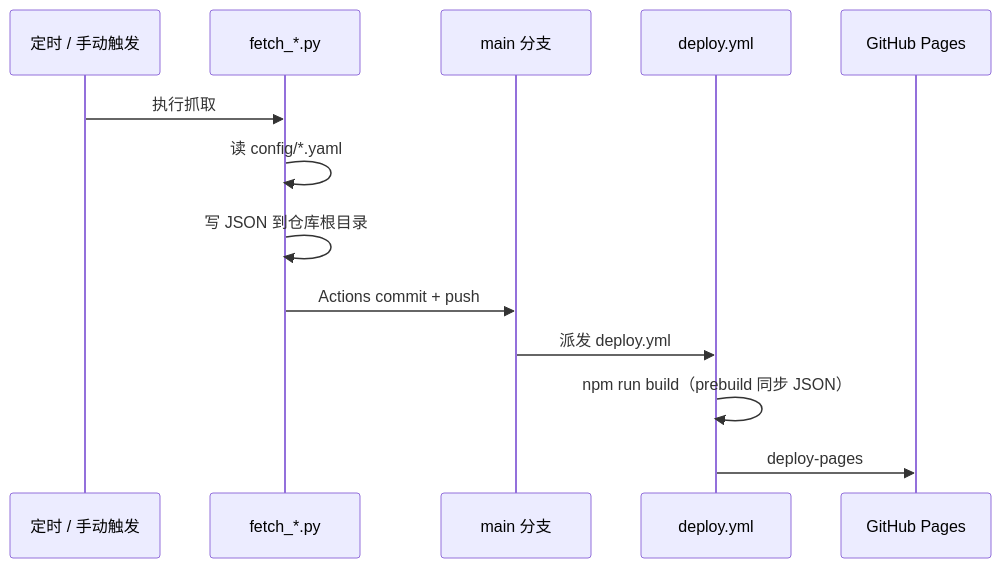
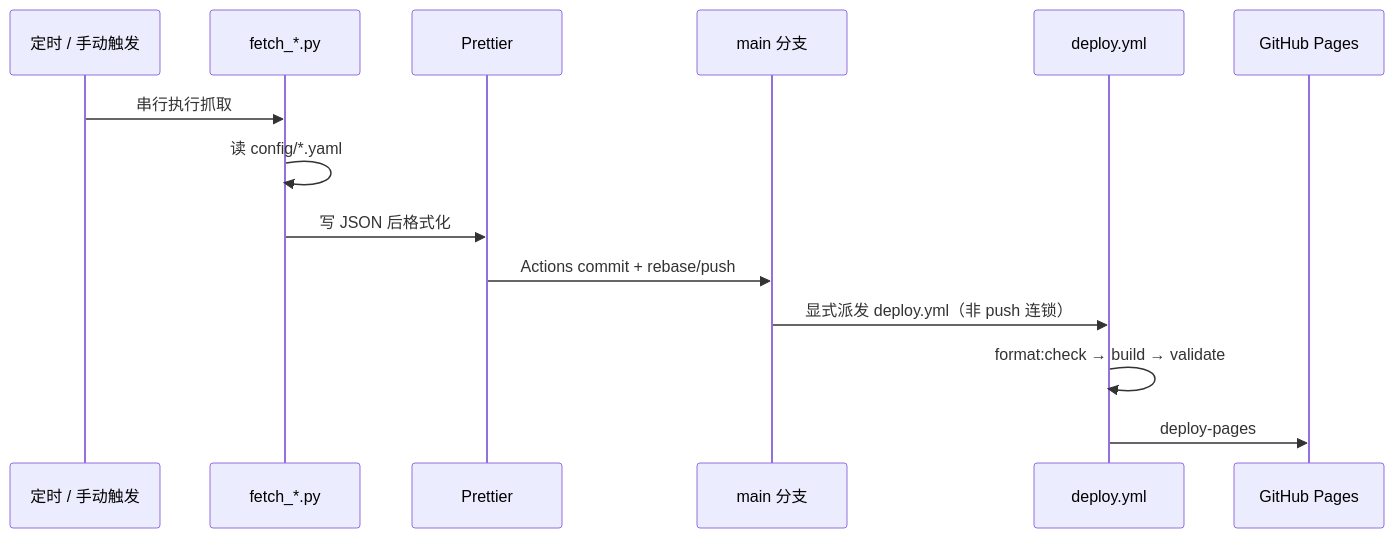
The second of 2 diagrams in docs/CONTENT-OPS.md (bio-apple/ai), drawn with Mermaid before and after one commit. The commit also changed other lines of this file and 10 other files, not shown here.

````diff
--- a/docs/CONTENT-OPS.md
+++ b/docs/CONTENT-OPS.md
@@ -66,16 +84,17 @@
 ```mermaid
 sequenceDiagram
   participant Cron as 定时 / 手动触发
   participant Script as fetch_*.py
+  participant Fmt as Prettier
   participant Git as main 分支
   participant Deploy as deploy.yml
   participant CDN as GitHub Pages
 
-  Cron->>Script: 执行抓取
+  Cron->>Script: 串行执行抓取
   Script->>Script: 读 config/*.yaml
-  Script->>Script: 写 JSON 到仓库根目录
-  Script->>Git: Actions commit + push
-  Git->>Deploy: 派发 deploy.yml
-  Deploy->>Deploy: npm run build（prebuild 同步 JSON）
+  Script->>Fmt: 写 JSON 后格式化
+  Fmt->>Git: Actions commit + rebase/push
+  Git->>Deploy: 显式派发 deploy.yml（非 push 连锁）
+  Deploy->>Deploy: format:check → build → validate
   Deploy->>CDN: deploy-pages
 ```
````
